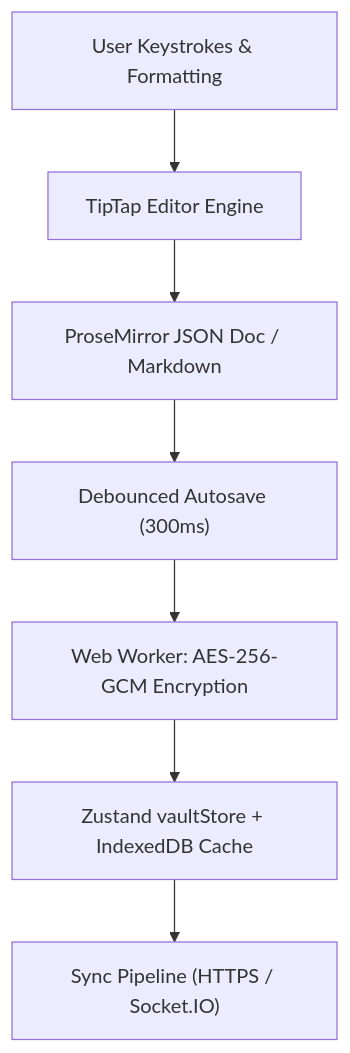
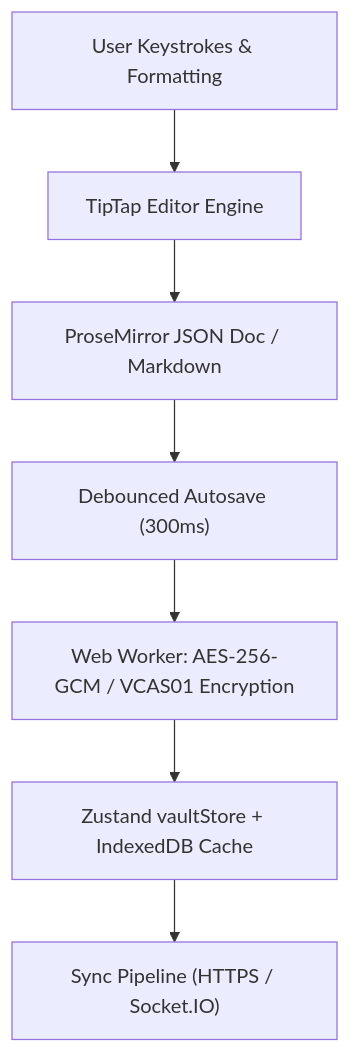
The second of 6 diagrams in doc/client-features.md (adadarsh23/vault), drawn with Mermaid before and after one commit. The commit also changed other lines of this file and 2012 other files, not shown here.

````diff
--- a/doc/client-features.md
+++ b/doc/client-features.md
@@ -11,9 +58,9 @@
 ```mermaid
 flowchart TD
     UserInput["User Keystrokes & Formatting"] --> TipTap["TipTap Editor Engine"]
     TipTap --> JSON["ProseMirror JSON Doc / Markdown"]
     JSON --> Debounce["Debounced Autosave (300ms)"]
-    Debounce --> CryptoWorker["Web Worker: AES-256-GCM Encryption"]
+    Debounce --> CryptoWorker["Web Worker: AES-256-GCM / VCAS01 Encryption"]
     CryptoWorker --> Store["Zustand vaultStore + IndexedDB Cache"]
     Store --> RemoteSync["Sync Pipeline (HTTPS / Socket.IO)"]
 ```
````
